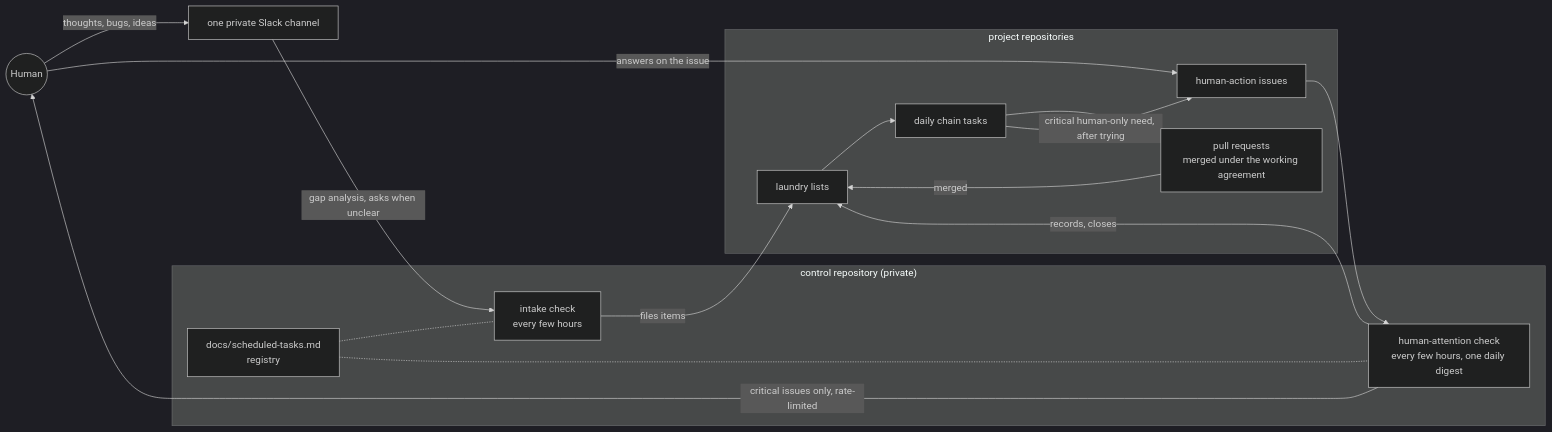
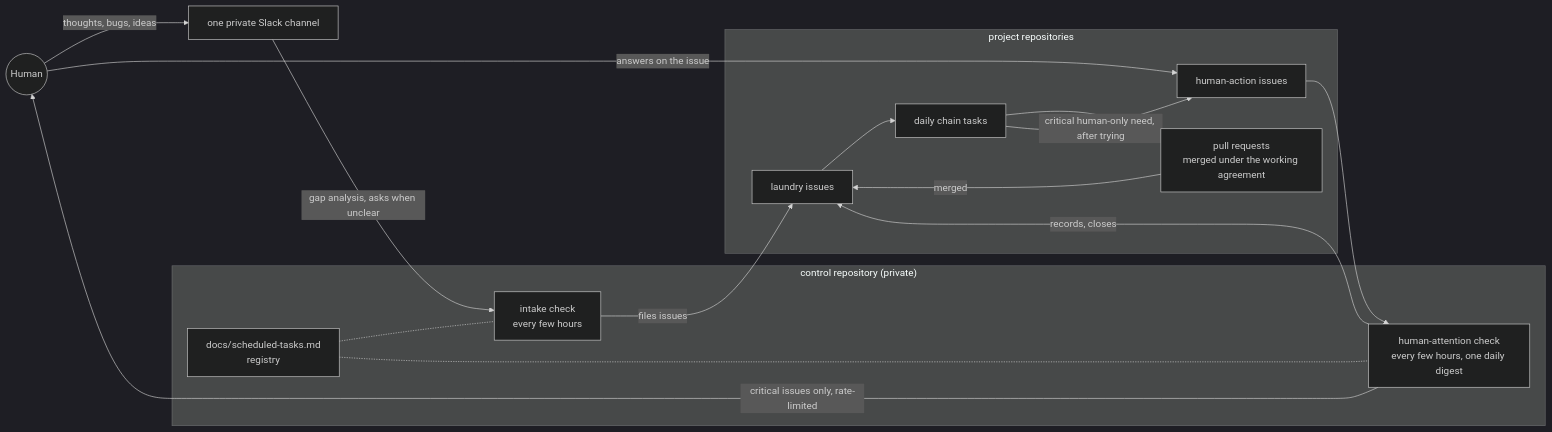
Before and after one commit to matheo-lm/loop-kit: the diagram in README.md, drawn with Mermaid (dark theme). The commit also changed other lines of this file and 15 other files, not shown here.

````diff
--- a/README.md
+++ b/README.md
@@ -42,26 +42,26 @@
 ```mermaid
 flowchart LR
   H(("Human"))
   CH["one private Slack channel"]
   subgraph CT["control repository (private)"]
     IN["intake check<br/>every few hours"]
     AT["human-attention check<br/>every few hours, one daily digest"]
     REG["docs/scheduled-tasks.md<br/>registry"]
   end
   subgraph REPOS["project repositories"]
-    LL["laundry lists"]
+    LL["laundry issues"]
     CHN["daily chain tasks"]
     PR["pull requests<br/>merged under the working agreement"]
     HA["human-action issues"]
   end
   H -->|"thoughts, bugs, ideas"| CH
   CH -->|"gap analysis, asks when unclear"| IN
-  IN -->|"files items"| LL
+  IN -->|"files issues"| LL
   LL --> CHN --> PR -->|"merged"| LL
   CHN -->|"critical human-only need, after trying"| HA
   HA --> AT -->|"critical issues only, rate-limited"| H
   H -->|"answers on the issue"| HA
   AT -->|"records, closes"| LL
   REG -.- IN
   REG -.- AT
 ```
````
